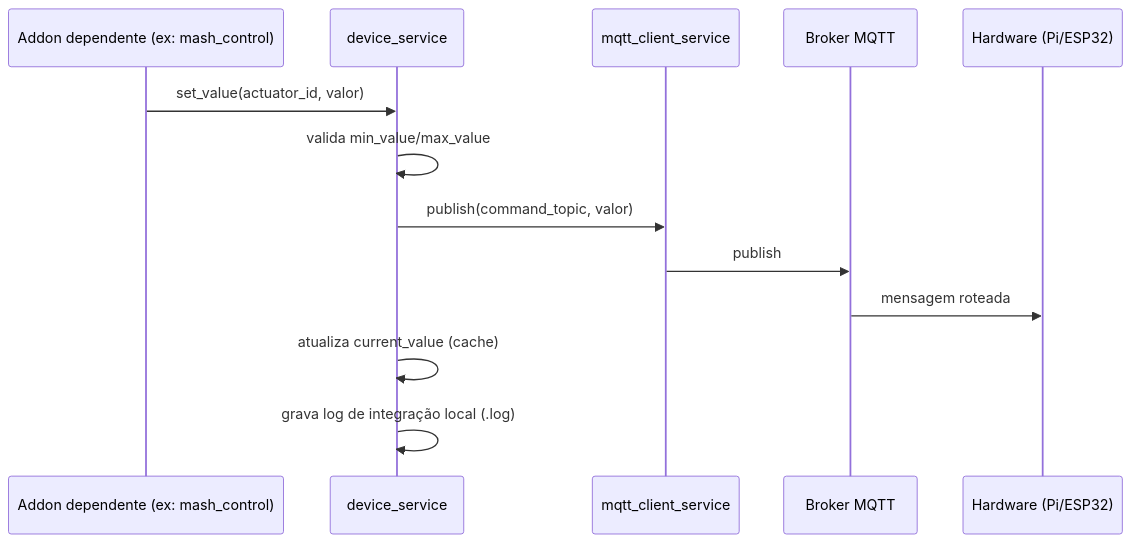
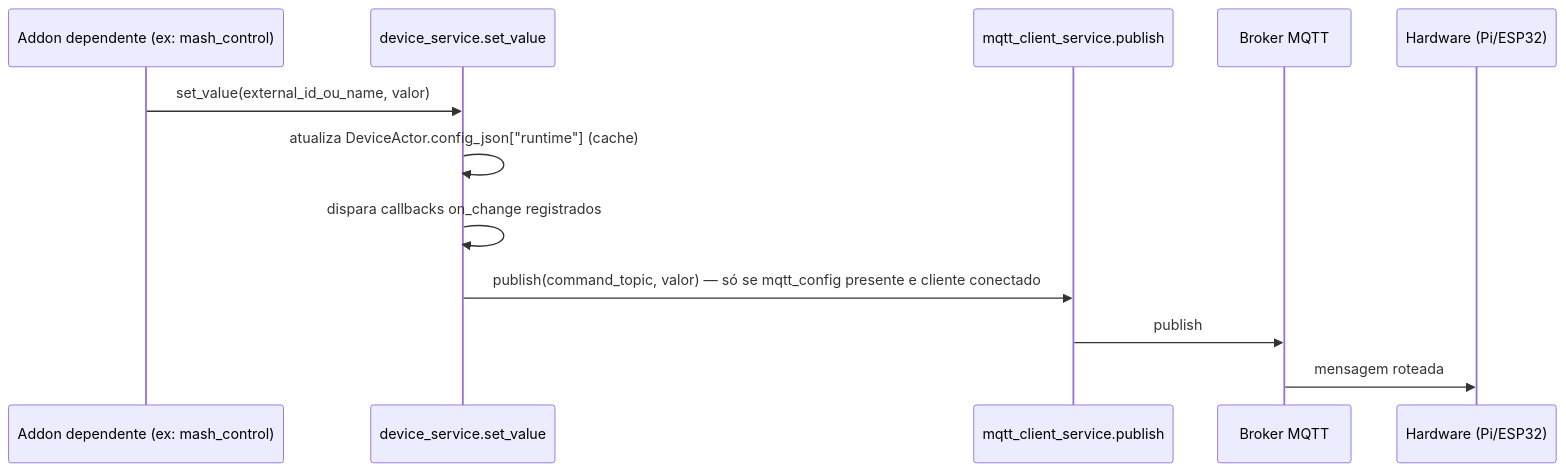
The second of 3 diagrams in docs/skills/05-proposta-addon-device-manager-e-mqtt.md (ChristopherNicolasSMM/Tesseract), drawn with Mermaid before and after one commit. The commit also changed other lines of this file and 6 other files, not shown here.

````diff
--- a/docs/skills/05-proposta-addon-device-manager-e-mqtt.md
+++ b/docs/skills/05-proposta-addon-device-manager-e-mqtt.md
@@ -334,16 +334,15 @@
 ```mermaid
 sequenceDiagram
     participant Cliente as Addon dependente (ex: mash_control)
-    participant Svc as device_service
-    participant MQTT as mqtt_client_service
+    participant Svc as device_service.set_value
+    participant MQTT as mqtt_client_service.publish
     participant Broker as Broker MQTT
     participant HW as Hardware (Pi/ESP32)
 
-    Cliente->>Svc: set_value(actuator_id, valor)
-    Svc->>Svc: valida min_value/max_value
-    Svc->>MQTT: publish(command_topic, valor)
+    Cliente->>Svc: set_value(external_id_ou_name, valor)
+    Svc->>Svc: atualiza DeviceActor.config_json["runtime"] (cache)
+    Svc->>Svc: dispara callbacks on_change registrados
+    Svc->>MQTT: publish(command_topic, valor) — só se mqtt_config presente e cliente conectado
     MQTT->>Broker: publish
     Broker->>HW: mensagem roteada
-    Svc->>Svc: atualiza current_value (cache)
-    Svc->>Svc: grava log de integração local (.log)
 ```
````
